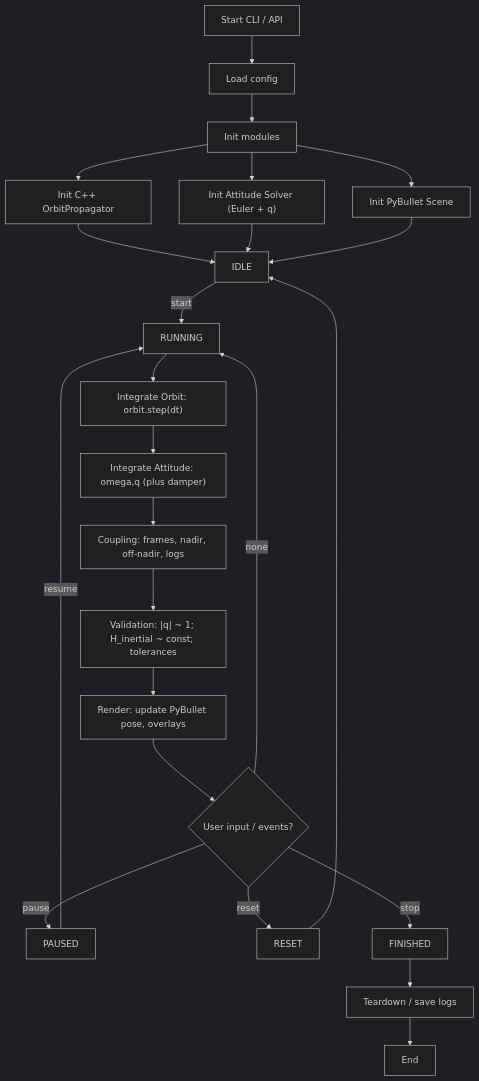
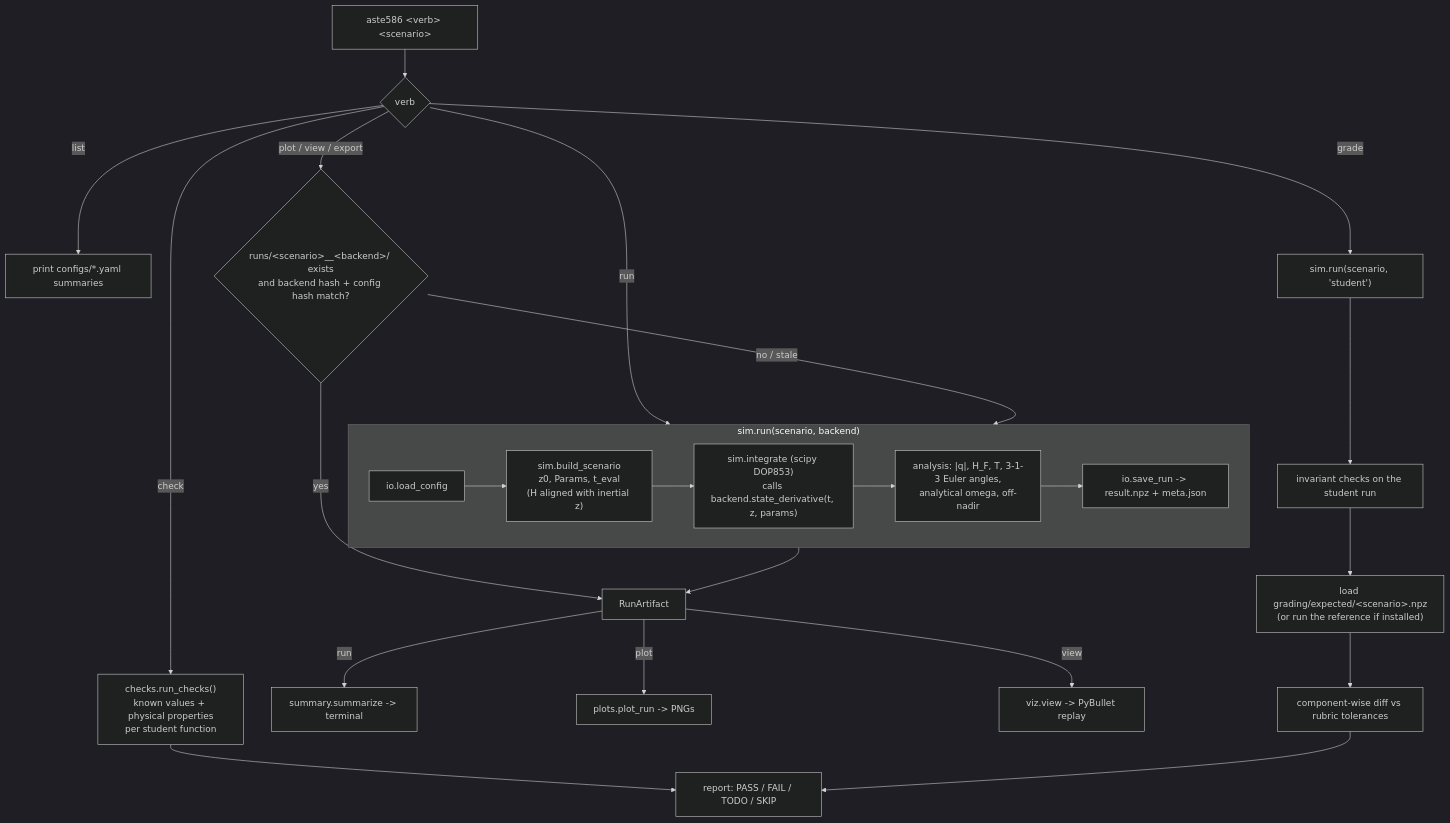
One commit to varshakrishnakumar/ASTE586_ComputerProject changed the diagram in docs/state-diagram.md. Above: the diagram before and after it, drawn with Mermaid (dark theme). The commit also changed other lines of this file and 55 other files, not shown here.

````diff
--- a/docs/state-diagram.md
+++ b/docs/state-diagram.md
@@ -1,29 +6,29 @@
 ```mermaid
 flowchart TD
-  A["Start CLI / API"] --> B["Load config"]
-  B --> C["Init modules"]
-  C --> C1["Init C++ OrbitPropagator"]
-  C --> C2["Init Attitude Solver (Euler + q)"]
-  C --> C3["Init PyBullet Scene"]
-  C1 --> D["IDLE"]
-  C2 --> D
-  C3 --> D
+  CLI["aste586 &lt;verb&gt; &lt;scenario&gt;"] --> V{verb}
 
-  D -->|start| E["RUNNING"]
-  E --> F["Integrate Orbit: orbit.step(dt)"]
-  F --> G["Integrate Attitude: omega,q (plus damper)"]
-  G --> H["Coupling: frames, nadir, off-nadir, logs"]
-  H --> I["Validation: |q| ~ 1; H_inertial ~ const; tolerances"]
-  I --> J["Render: update PyBullet pose, overlays"]
-  J --> K{"User input / events?"}
+  V -->|list| L["print configs/*.yaml summaries"]
+  V -->|check| CK["checks.run_checks()<br/>known values + physical properties<br/>per student function"] --> RPT["report: PASS / FAIL / TODO / SKIP"]
 
-  K -->|pause| P["PAUSED"]
-  K -->|reset| R["RESET"]
-  K -->|stop| S["FINISHED"]
-  K -->|none| E
+  V -->|run| RUN
+  V -->|plot / view / export| GET{"runs/&lt;scenario&gt;__&lt;backend&gt;/ exists<br/>and backend hash + config hash match?"}
+  GET -->|no / stale| RUN
+  GET -->|yes| ART
 
-  P -->|resume| E
-  R --> D
-  S --> T["Teardown / save logs"]
-  T --> U["End"]
+  subgraph RUN["sim.run(scenario, backend)"]
+    C["io.load_config"] --> S["sim.build_scenario<br/>z0, Params, t_eval<br/>(H aligned with inertial z)"]
+    S --> I["sim.integrate (scipy DOP853)<br/>calls backend.state_derivative(t, z, params)"]
+    I --> A["analysis: |q|, H_F, T, 3-1-3 Euler angles,<br/>analytical omega, off-nadir"]
+    A --> SAVE["io.save_run -> result.npz + meta.json"]
+  end
+  RUN --> ART["RunArtifact"]
+
+  ART -->|run| SUM["summary.summarize -> terminal"]
+  ART -->|plot| P["plots.plot_run -> PNGs"]
+  ART -->|view| W["viz.view -> PyBullet replay"]
+
+  V -->|grade| G1["sim.run(scenario, 'student')"]
+  G1 --> G2["invariant checks on the student run"]
+  G2 --> G3["load grading/expected/&lt;scenario&gt;.npz<br/>(or run the reference if installed)"]
+  G3 --> G4["component-wise diff vs rubric tolerances"] --> RPT
 ```
````
